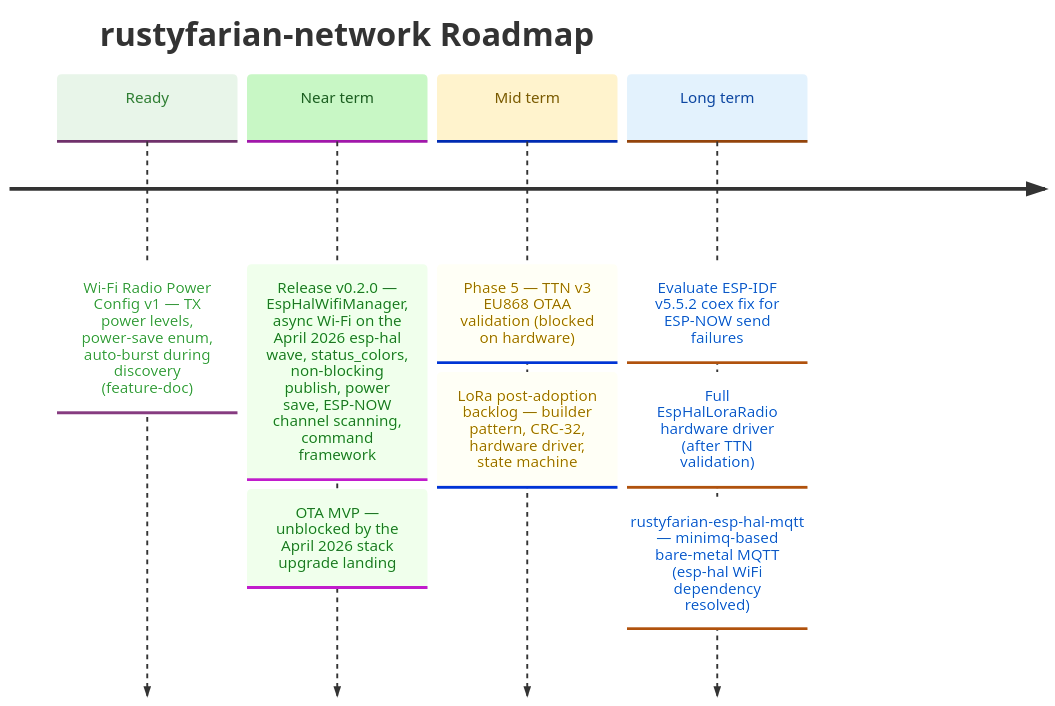
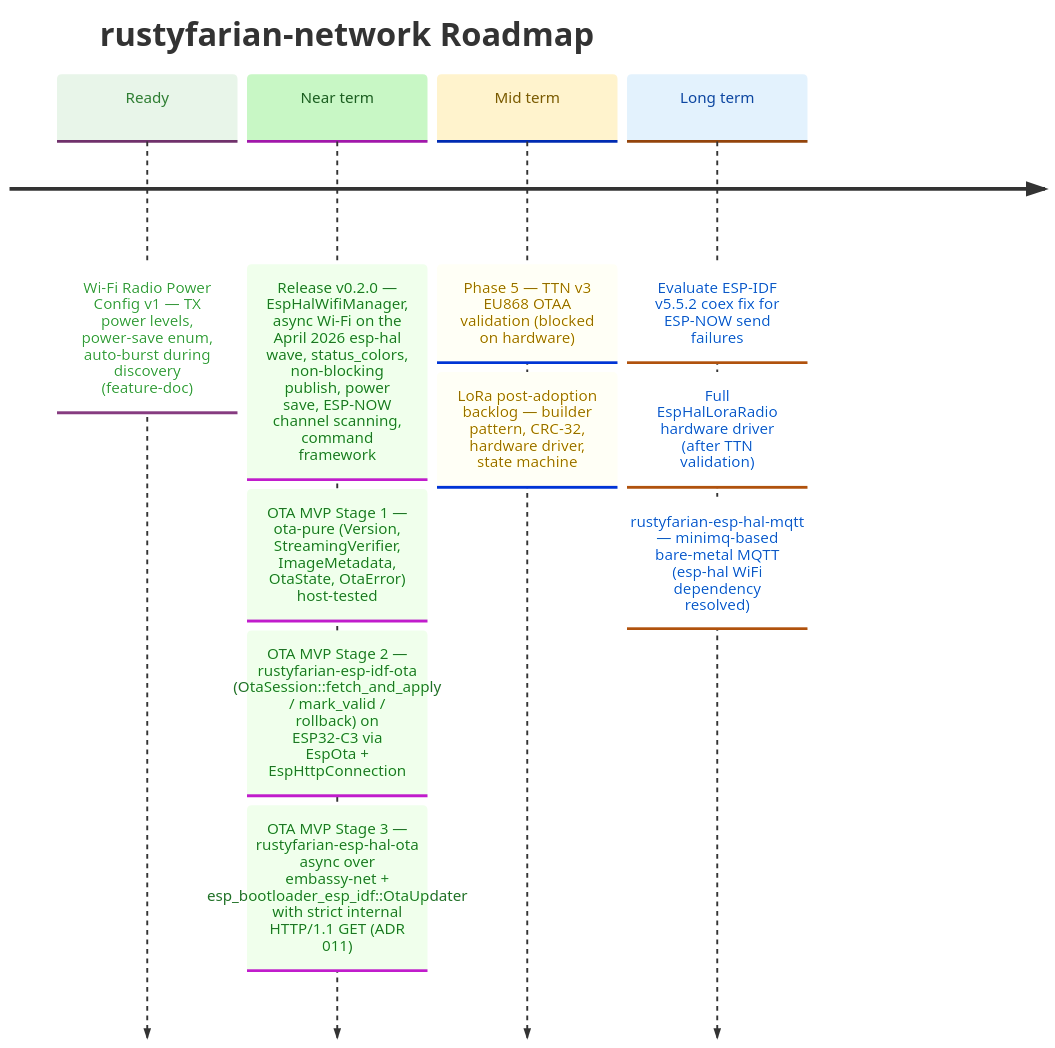
The diagram in docs/ROADMAP.md (datenkollektiv/rustyfarian-network), drawn with Mermaid before and after one commit. The commit also changed other lines of this file and 26 other files, not shown here.

Commit message:
Add first OTA Crate MVP

````diff
--- a/docs/ROADMAP.md
+++ b/docs/ROADMAP.md
@@ -10,30 +10,32 @@
 ```mermaid
 %%{init: {
   "theme": "base",
   "themeVariables": {
     "cScale0": "#e8f5e9",
     "cScaleLabel0": "#2e7d32",
     "cScale1": "#c8f7c5",
     "cScaleLabel1": "#1b5e20",
     "cScale2": "#fff3cd",
     "cScaleLabel2": "#7a5a00",
     "cScale3": "#e3f2fd",
     "cScaleLabel3": "#0d47a1"
   }
 }}%%
 
 timeline
     title rustyfarian-network Roadmap
 
     Ready     : Wi-Fi Radio Power Config v1 — TX power levels, power-save enum, auto-burst during discovery (feature-doc)
 
     Near term : Release v0.2.0 — EspHalWifiManager, async Wi-Fi on the April 2026 esp-hal wave, status_colors, non-blocking publish, power save, ESP-NOW channel scanning, command framework
-            : OTA MVP — unblocked by the April 2026 stack upgrade landing
+              : OTA MVP Stage 1 — ota-pure (Version, StreamingVerifier, ImageMetadata, OtaState, OtaError) host-tested
+              : OTA MVP Stage 2 — rustyfarian-esp-idf-ota (OtaSession::fetch_and_apply / mark_valid / rollback) on ESP32-C3 via EspOta + EspHttpConnection
+              : OTA MVP Stage 3 — rustyfarian-esp-hal-ota async over embassy-net + esp_bootloader_esp_idf::OtaUpdater with strict internal HTTP/1.1 GET (ADR 011)
 
     Mid term  : Phase 5 — TTN v3 EU868 OTAA validation (blocked on hardware)
               : LoRa post-adoption backlog — builder pattern, CRC-32, hardware driver, state machine
 
     Long term : Evaluate ESP-IDF v5.5.2 coex fix for ESP-NOW send failures
               : Full EspHalLoraRadio hardware driver (after TTN validation)
               : rustyfarian-esp-hal-mqtt — minimq-based bare-metal MQTT (esp-hal WiFi dependency resolved)
 ```
````
